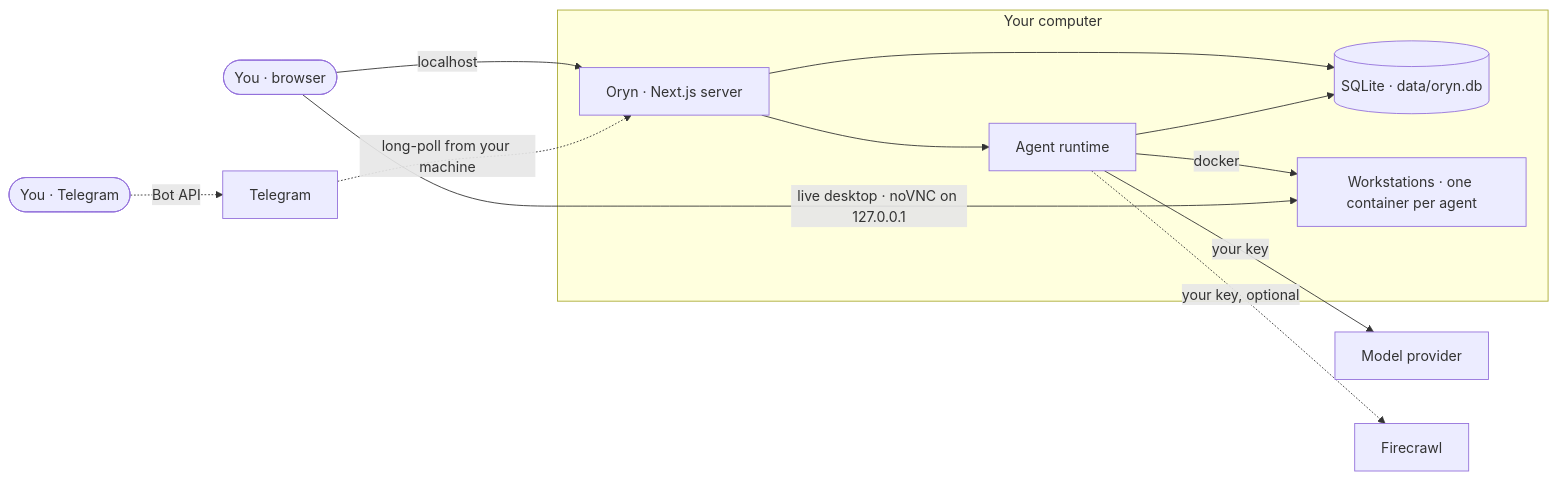
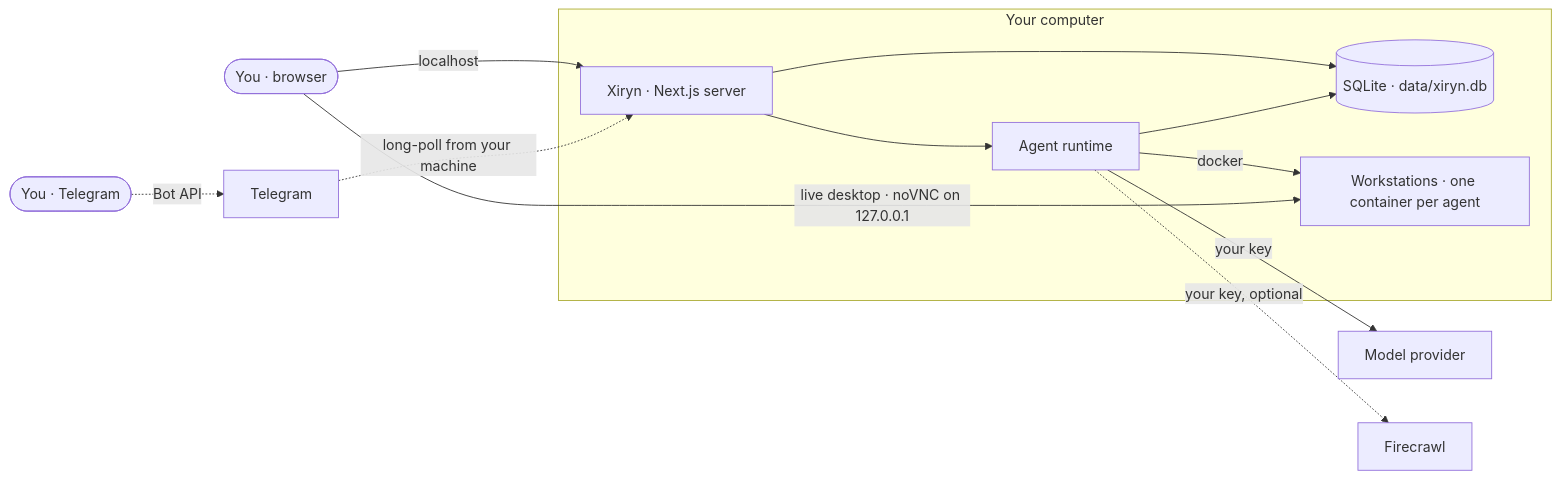
One commit to Peixer/xiryn changed the diagram in README.md. Above: the diagram before and after it, drawn with Mermaid. The commit also changed other lines of this file and 81 other files, not shown here.

````diff
--- a/README.md
+++ b/README.md
@@ -288,18 +288,18 @@
 ```mermaid
 graph LR
     you([You · browser]) -->|localhost| app
     phone([You · Telegram]) -.->|Bot API| tg[Telegram]
     tg -.->|long-poll from your machine| app
 
     subgraph machine [Your computer]
-        app[Oryn · Next.js server]
+        app[Xiryn · Next.js server]
         app --> runtime[Agent runtime]
-        app --> db[(SQLite · data/oryn.db)]
+        app --> db[(SQLite · data/xiryn.db)]
         runtime --> db
         runtime -->|docker| ws[Workstations · one container per agent]
     end
 
     runtime -->|your key| llm[Model provider]
     runtime -.->|your key, optional| firecrawl[Firecrawl]
     you -->|live desktop · noVNC on 127.0.0.1| ws
 ```
````
